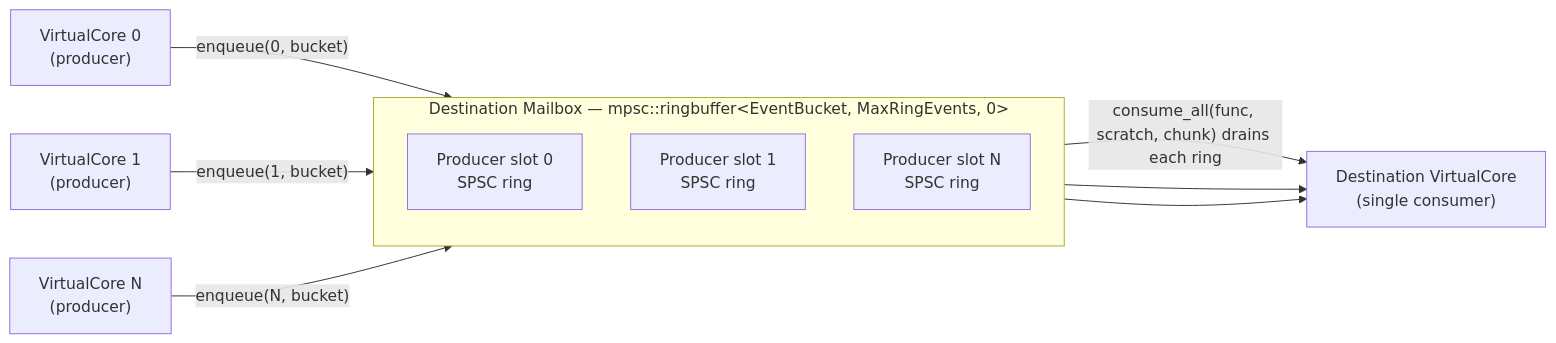
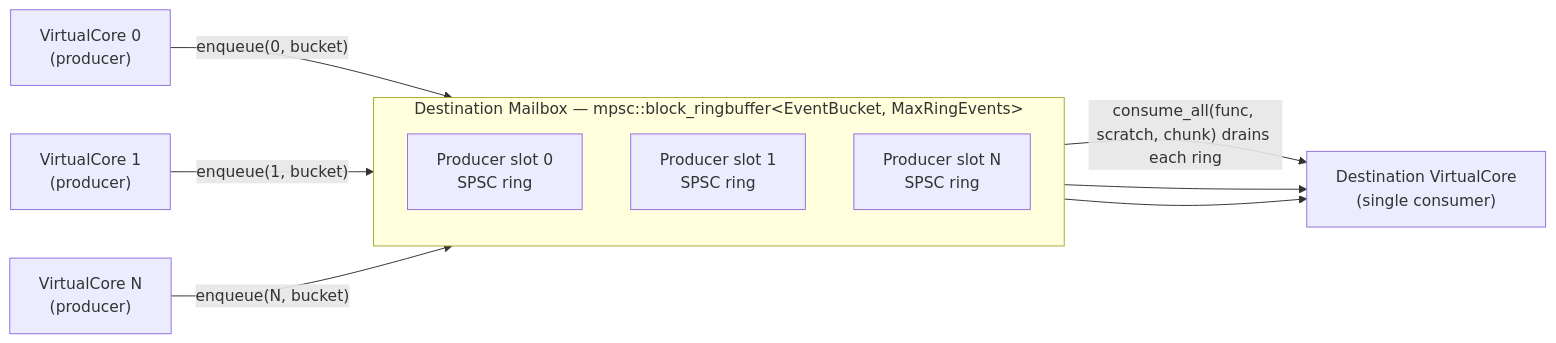
Before and after one commit to isndev/qb: the diagram in readme/0_foundations/concurrency_primitives.md, drawn with Mermaid. The commit also changed other lines of this file and 19 other files, not shown here.

Commit message:
docs: the engine's mailbox is mpsc::block_ringbuffer -- the closed-ring Windows commit at rest (a page per ring, 18 MiB at 64 cores) and its reserved address space (271 MB at 64 cores); citations re-derived (Huly QB-203)

````diff
--- a/readme/0_foundations/concurrency_primitives.md
+++ b/readme/0_foundations/concurrency_primitives.md
@@ -139,19 +139,19 @@
 ```mermaid
 flowchart LR
     P0["VirtualCore 0<br/>(producer)"]
     P1["VirtualCore 1<br/>(producer)"]
     PN["VirtualCore N<br/>(producer)"]
-    subgraph MB["Destination Mailbox — mpsc::ringbuffer&lt;EventBucket, MaxRingEvents, 0&gt;"]
+    subgraph MB["Destination Mailbox — mpsc::block_ringbuffer&lt;EventBucket, MaxRingEvents&gt;"]
         direction TB
         R0["Producer slot 0<br/>SPSC ring"]
         R1["Producer slot 1<br/>SPSC ring"]
         RN["Producer slot N<br/>SPSC ring"]
     end
     DC["Destination VirtualCore<br/>(single consumer)"]
     P0 -- "enqueue(0, bucket)" --> R0
     P1 -- "enqueue(1, bucket)" --> R1
     PN -- "enqueue(N, bucket)" --> RN
     R0 -- "consume_all(func, scratch, chunk) drains each ring" --> DC
     R1 --> DC
     RN --> DC
 ```
````
